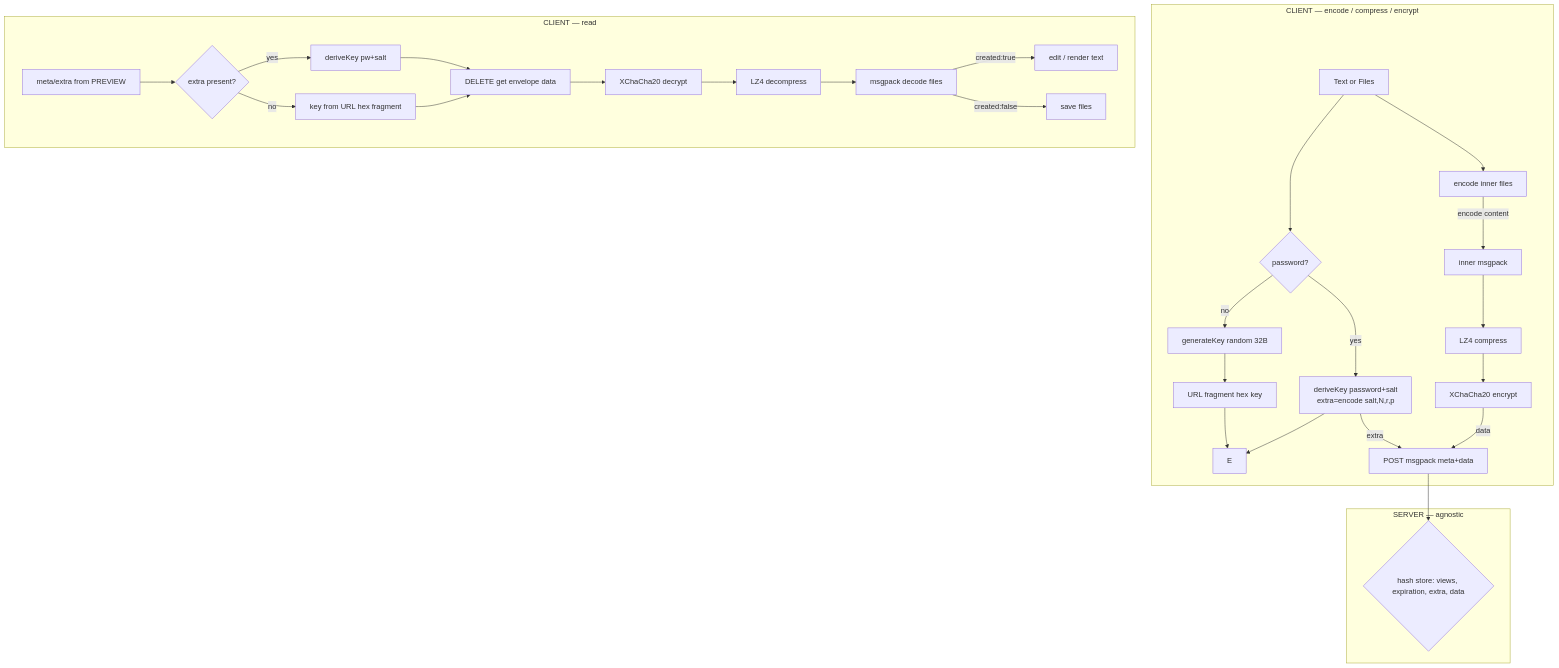
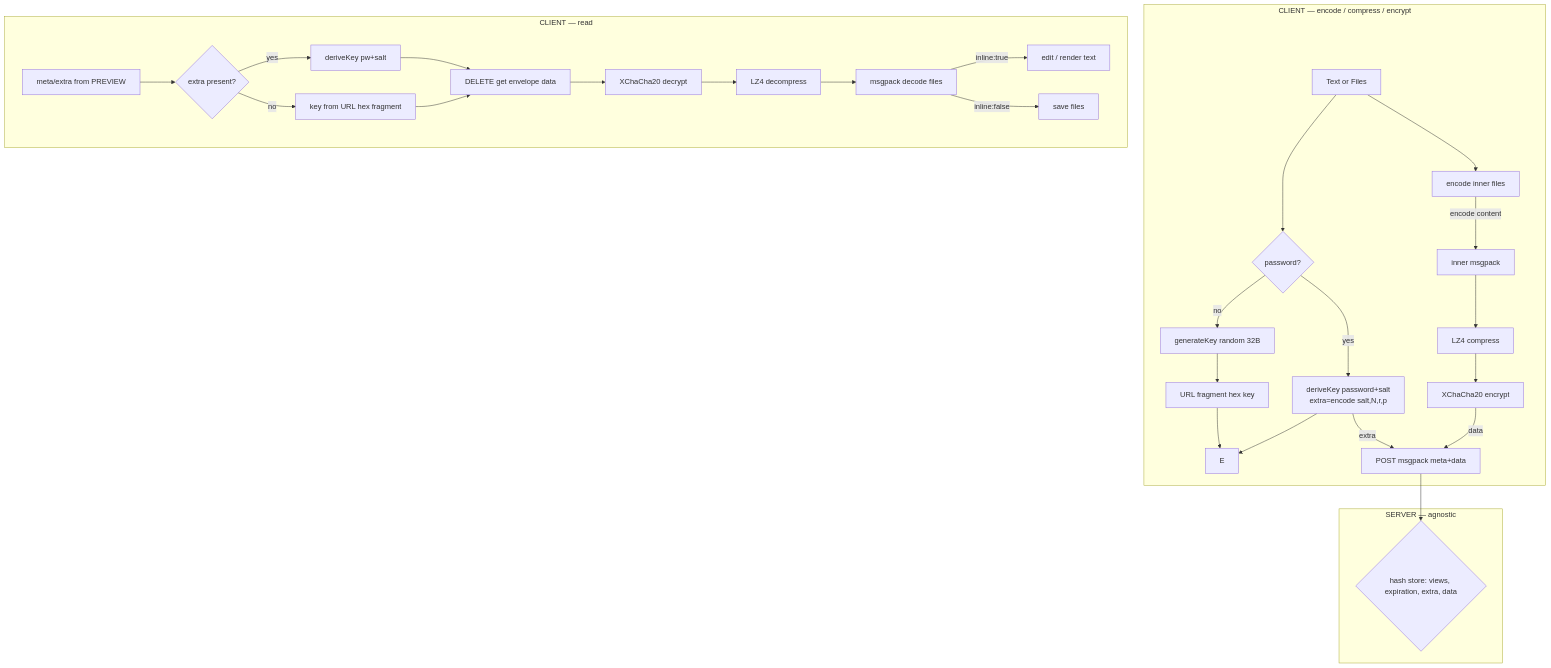
The diagram in docs/roadmap.md (cupcakearmy/cryptgeon), drawn with Mermaid before and after one commit. The commit also changed other lines of this file and 1 other file, not shown here.

Commit message:
docs: fold todo into roadmap and unify naming

````diff
--- a/docs/roadmap.md
+++ b/docs/roadmap.md
@@ -37,34 +45,34 @@
 ```mermaid
 flowchart TD
     subgraph WRITE["CLIENT — encode / compress / encrypt"]
         A[Text or Files] --> B{password?}
         B -->|yes| C1[deriveKey password+salt<br>extra=encode salt,N,r,p]
         B -->|no| C2[generateKey random 32B]
         C2 --> D[URL fragment hex key]
         C1 --> E
         D --> E
         A --> F[encode inner files]
         F -->|encode content| G[inner msgpack]
         G --> H[LZ4 compress]
         H --> I[XChaCha20 encrypt]
         I -->|data| J[POST msgpack meta+data]
         C1 -->|extra| J
     end
 
     subgraph SERVER["SERVER — agnostic"]
         J --> K{hash store: views, expiration, extra, data}
     end
 
     subgraph READ["CLIENT — read"]
         L[meta/extra from PREVIEW] --> M{extra present?}
         M -->|yes| N[deriveKey pw+salt]
         M -->|no| O[key from URL hex fragment]
         N --> P[DELETE get envelope data]
         O --> P
         P --> Q[XChaCha20 decrypt]
         Q --> R[LZ4 decompress]
         R --> S[msgpack decode files]
-        S -->|created:true| T[edit / render text]
-        S -->|created:false| U[save files]
+        S -->|inline:true| T[edit / render text]
+        S -->|inline:false| U[save files]
     end
 ```
````
